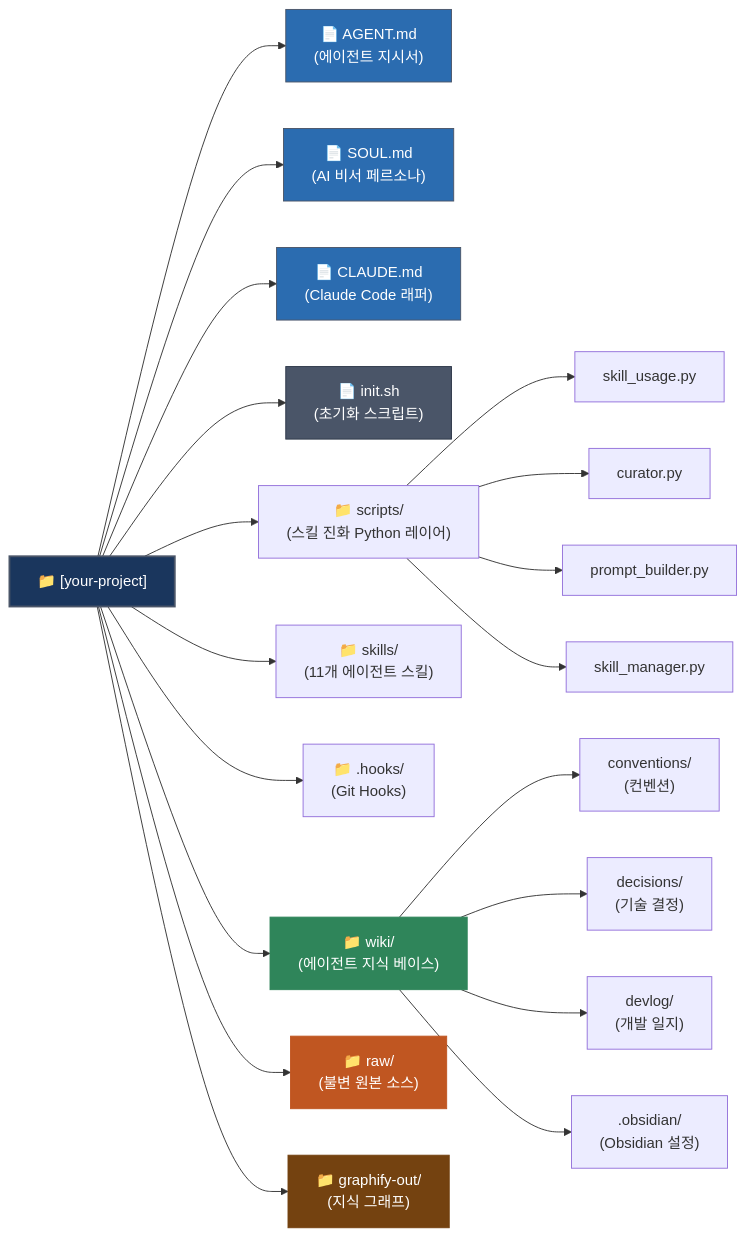
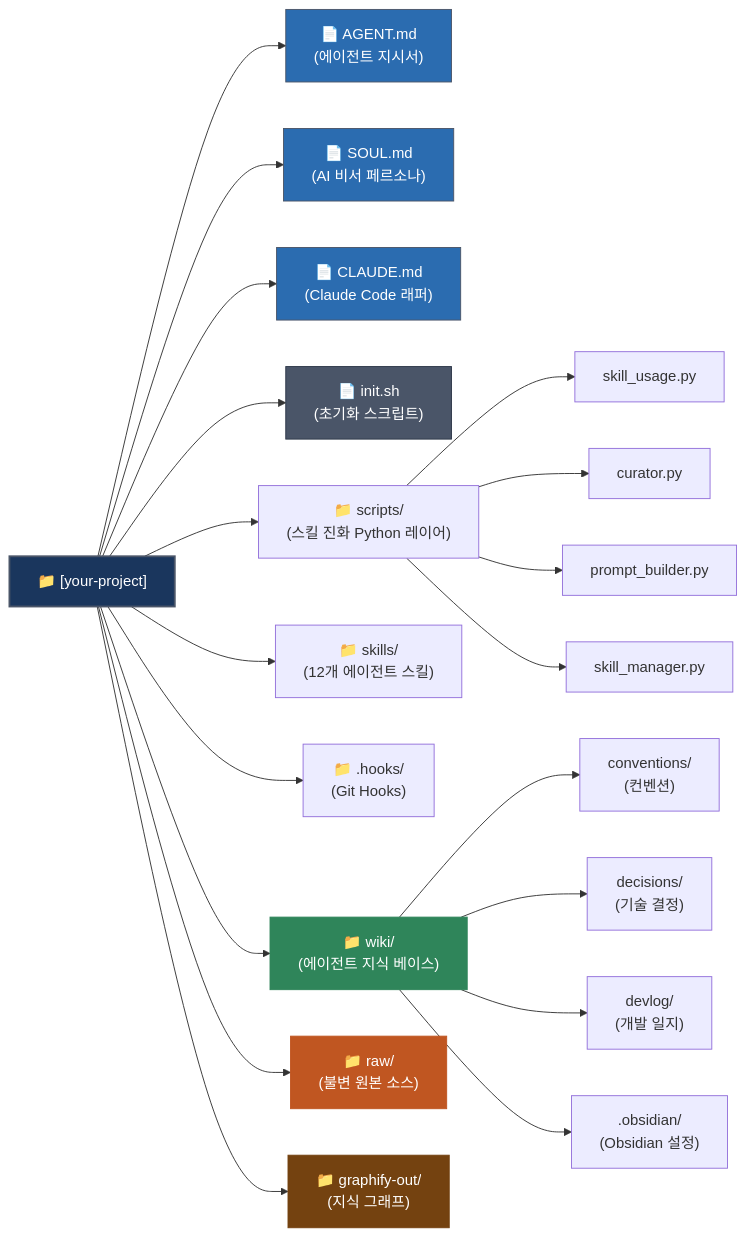
Before and after one commit to taejung3852/project-scaffold: the diagram in README.kr.md, drawn with Mermaid. The commit also changed other lines of this file and 6 other files, not shown here.

````diff
--- a/README.kr.md
+++ b/README.kr.md
@@ -651,41 +671,41 @@
 ```mermaid
 %%{init: {'flowchart': {'rankSpacing': 90}}}%%
 graph LR
     Root["📁 [your-project]"]
     
     %% 루트 파일들
     Root --> AGENT["📄 AGENT.md<br/>(에이전트 지시서)"]
     Root --> SOUL["📄 SOUL.md<br/>(AI 비서 페르소나)"]
     Root --> CLAUDE["📄 CLAUDE.md<br/>(Claude Code 래퍼)"]
     Root --> INIT["📄 init.sh<br/>(초기화 스크립트)"]
 
     %% 디렉토리들
     Root --> Scripts["📁 scripts/<br/>(스킬 진화 Python 레이어)"]
-    Root --> Skills["📁 skills/<br/>(11개 에이전트 스킬)"]
+    Root --> Skills["📁 skills/<br/>(12개 에이전트 스킬)"]
     Root --> Hooks["📁 .hooks/<br/>(Git Hooks)"]
     Root --> Wiki["📁 wiki/<br/>(에이전트 지식 베이스)"]
     Root --> Raw["📁 raw/<br/>(불변 원본 소스)"]
     Root --> Graphify["📁 graphify-out/<br/>(지식 그래프)"]
 
     %% scripts 상세
     Scripts --> S_Usage["skill_usage.py"]
     Scripts --> S_Curator["curator.py"]
     Scripts --> S_Prompt["prompt_builder.py"]
     Scripts --> S_Manager["skill_manager.py"]
 
     %% wiki 상세
     Wiki --> W_Conv["conventions/<br/>(컨벤션)"]
     Wiki --> W_Dec["decisions/<br/>(기술 결정)"]
     Wiki --> W_Dev["devlog/<br/>(개발 일지)"]
     Wiki --> W_Obs[".obsidian/<br/>(Obsidian 설정)"]
 
     %% 스타일 정의 (Harmonious sleek theme)
     style Root fill:#1A365D,stroke:#4A5568,stroke-width:2px,color:#fff
     style AGENT fill:#2B6CB0,stroke:#4A5568,color:#fff
     style SOUL fill:#2B6CB0,stroke:#4A5568,color:#fff
     style CLAUDE fill:#2B6CB0,stroke:#4A5568,color:#fff
     style INIT fill:#4A5568,stroke:#2D3748,color:#fff
     style Wiki fill:#2F855A,stroke:#2F855A,color:#fff
     style Raw fill:#C05621,stroke:#C05621,color:#fff
     style Graphify fill:#744210,stroke:#744210,color:#fff
 ```
````
